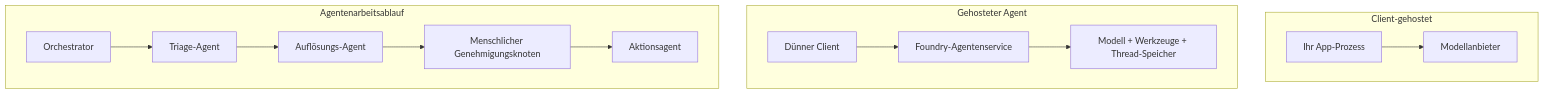
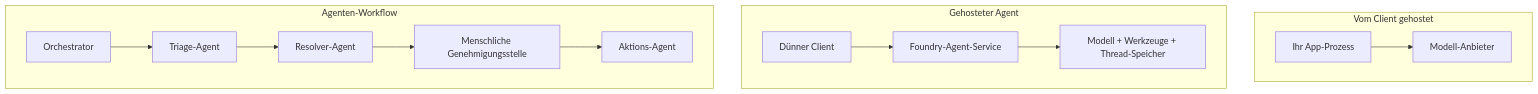
The first of 4 diagrams in mirrors/repos/microsoft@ai-agents-for-beginners/translations/de/16-deploying-scalable-agents/README.md (gabrielmoreira/agent-skills-mirror), drawn with Mermaid before and after one commit. The commit also changed other lines of this file and 3581 other files, not shown here.

````diff
--- a/mirrors/repos/microsoft@ai-agents-for-beginners/translations/de/16-deploying-scalable-agents/README.md
+++ b/mirrors/repos/microsoft@ai-agents-for-beginners/translations/de/16-deploying-scalable-agents/README.md
@@ -87,16 +87,16 @@
 ```mermaid
 flowchart TB
-    subgraph P1[Client-gehostet]
-        A1[Ihr App-Prozess] --> M1[Modellanbieter]
+    subgraph P1[Vom Client gehostet]
+        A1[Ihr App-Prozess] --> M1[Modell-Anbieter]
     end
     subgraph P2[Gehosteter Agent]
-        A2[Dünner Client] --> F2[Foundry-Agentenservice]
+        A2[Dünner Client] --> F2[Foundry-Agent-Service]
         F2 --> M2[Modell + Werkzeuge + Thread-Speicher]
     end
-    subgraph P3[Agentenarbeitsablauf]
+    subgraph P3[Agenten-Workflow]
         A3[Orchestrator] --> S1[Triage-Agent]
-        S1 --> S2[Auflösungs-Agent]
-        S2 --> H[Menschlicher Genehmigungsknoten]
-        H --> S3[Aktionsagent]
+        S1 --> S2[Resolver-Agent]
+        S2 --> H[Menschliche Genehmigungsstelle]
+        H --> S3[Aktions-Agent]
     end
 ```
````
